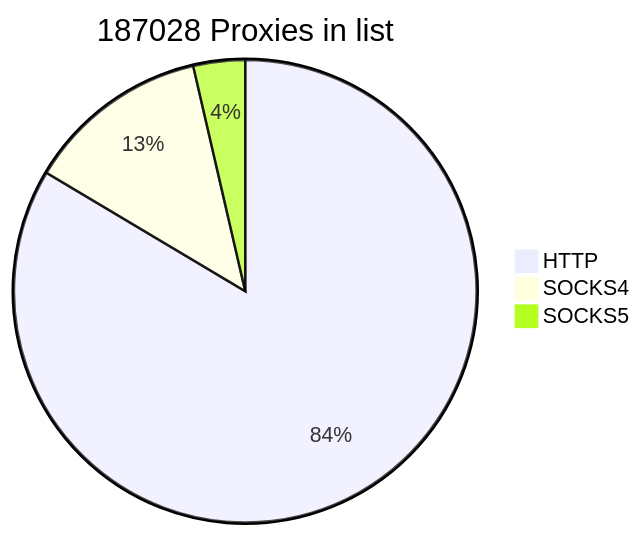
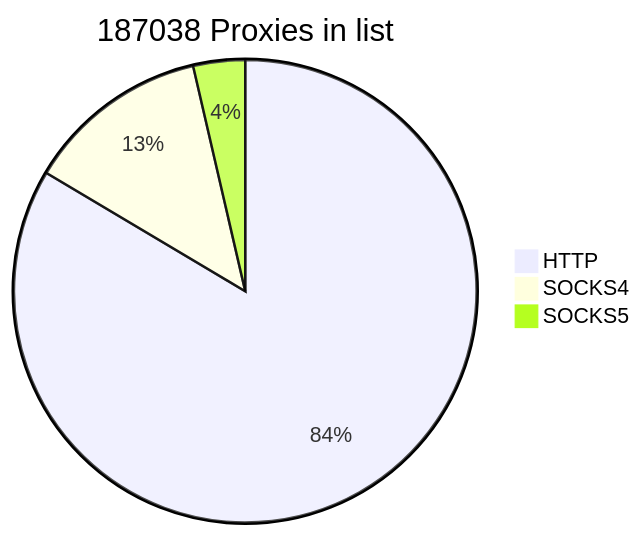
One commit to cutipu/proxylist changed the first of 2 diagrams in README.md. Above: the diagram before and after it, drawn with Mermaid. The commit also changed other lines of this file, not shown here.

````diff
--- a/README.md
+++ b/README.md
@@ -2,7 +2,7 @@
 ```mermaid
-pie title 187028 Proxies in list
+pie title 187038 Proxies in list
     "HTTP" : 156263
     "SOCKS4" : 24003
-    "SOCKS5" : 6762
+    "SOCKS5" : 6772
             
 ```
````
